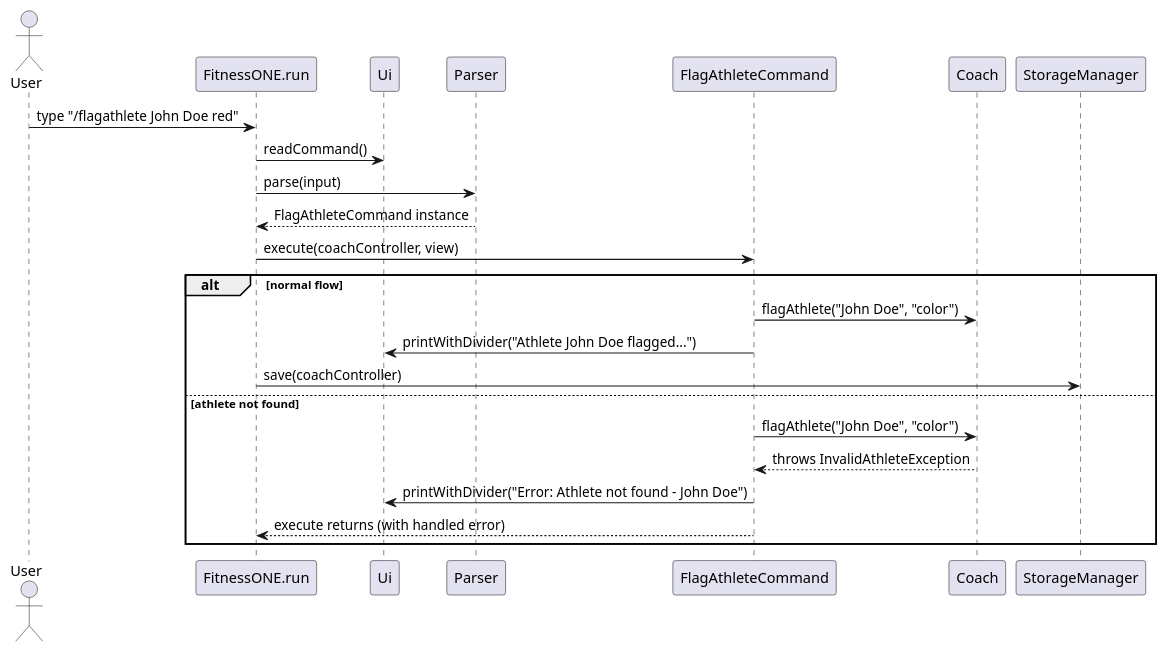
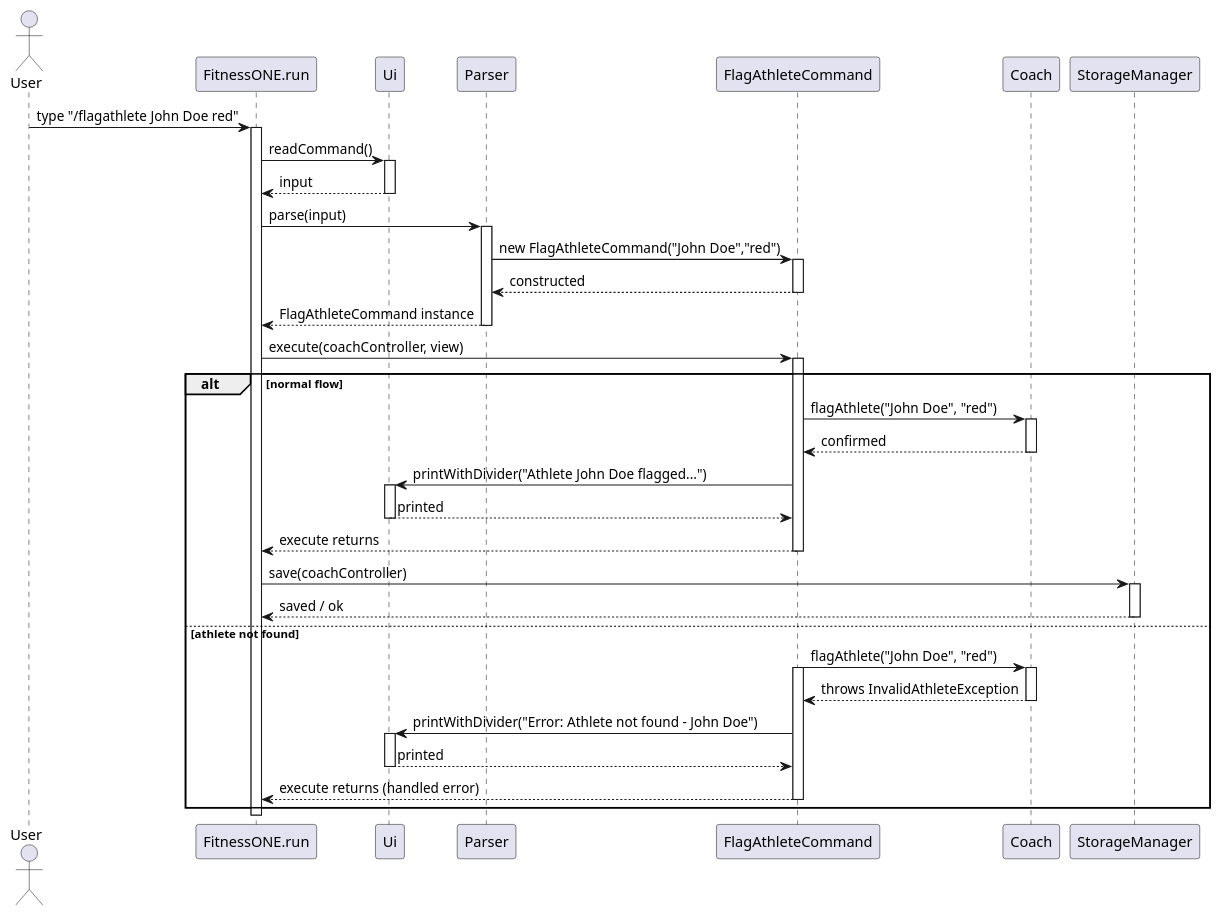
One commit to AY2526S1-CS2113-W14-1/tp changed the diagram in docs/diagrams/FlagAthlete_sequence.puml. Above: the diagram before and after it, drawn with PlantUML. The commit also changed 22 other files, not shown here.

Commit message:
modification after PE-dry run 1. indentation for printing new session 2. adding activation bar 3. adding exception to redundant inputs 4. adjusting inputs with extra space

```diff
--- a/docs/diagrams/FlagAthlete_sequence.puml
+++ b/docs/diagrams/FlagAthlete_sequence.puml
@@ -1,27 +1,64 @@
 @startuml
 actor User
 participant FitnessONE as "FitnessONE.run"
 participant Ui as "Ui"
 participant Parser as "Parser"
 participant FlagCmd as "FlagAthleteCommand"
 participant Coach as "Coach"
 participant Storage as "StorageManager"
 
 User -> FitnessONE : type "/flagathlete John Doe red"
+activate FitnessONE
+
 FitnessONE -> Ui : readCommand()
+activate Ui
+Ui --> FitnessONE : input
+deactivate Ui
+
 FitnessONE -> Parser : parse(input)
+activate Parser
+' Parser constructs the command so activation bar starts at the command header
+Parser -> FlagCmd ++ : new FlagAthleteCommand("John Doe","red")
+FlagCmd --> Parser -- : constructed
 Parser --> FitnessONE : FlagAthleteCommand instance
+deactivate Parser
+
 FitnessONE -> FlagCmd : execute(coachController, view)
+activate FlagCmd
 
 alt normal flow
-    FlagCmd -> Coach : flagAthlete("John Doe", "color")
+    FlagCmd -> Coach : flagAthlete("John Doe", "red")
+    activate Coach
+    Coach --> FlagCmd : confirmed
+    deactivate Coach
+
     FlagCmd -> Ui : printWithDivider("Athlete John Doe flagged...")
+    activate Ui
+    Ui --> FlagCmd : printed
+    deactivate Ui
+
+    FlagCmd --> FitnessONE : execute returns
+    deactivate FlagCmd
+
     FitnessONE -> Storage : save(coachController)
+    activate Storage
+    Storage --> FitnessONE : saved / ok
+    deactivate Storage
 else athlete not found
-    FlagCmd -> Coach : flagAthlete("John Doe", "color")
+    FlagCmd -> Coach : flagAthlete("John Doe", "red")
+    activate FlagCmd
+    activate Coach
     Coach --> FlagCmd : throws InvalidAthleteException
+    deactivate Coach
+
     FlagCmd -> Ui : printWithDivider("Error: Athlete not found - John Doe")
-    FlagCmd --> FitnessONE : execute returns (with handled error)
+    activate Ui
+    Ui --> FlagCmd : printed
+    deactivate Ui
+
+    FlagCmd --> FitnessONE : execute returns (handled error)
+    deactivate FlagCmd
 end
 
+deactivate FitnessONE
 @enduml
```
